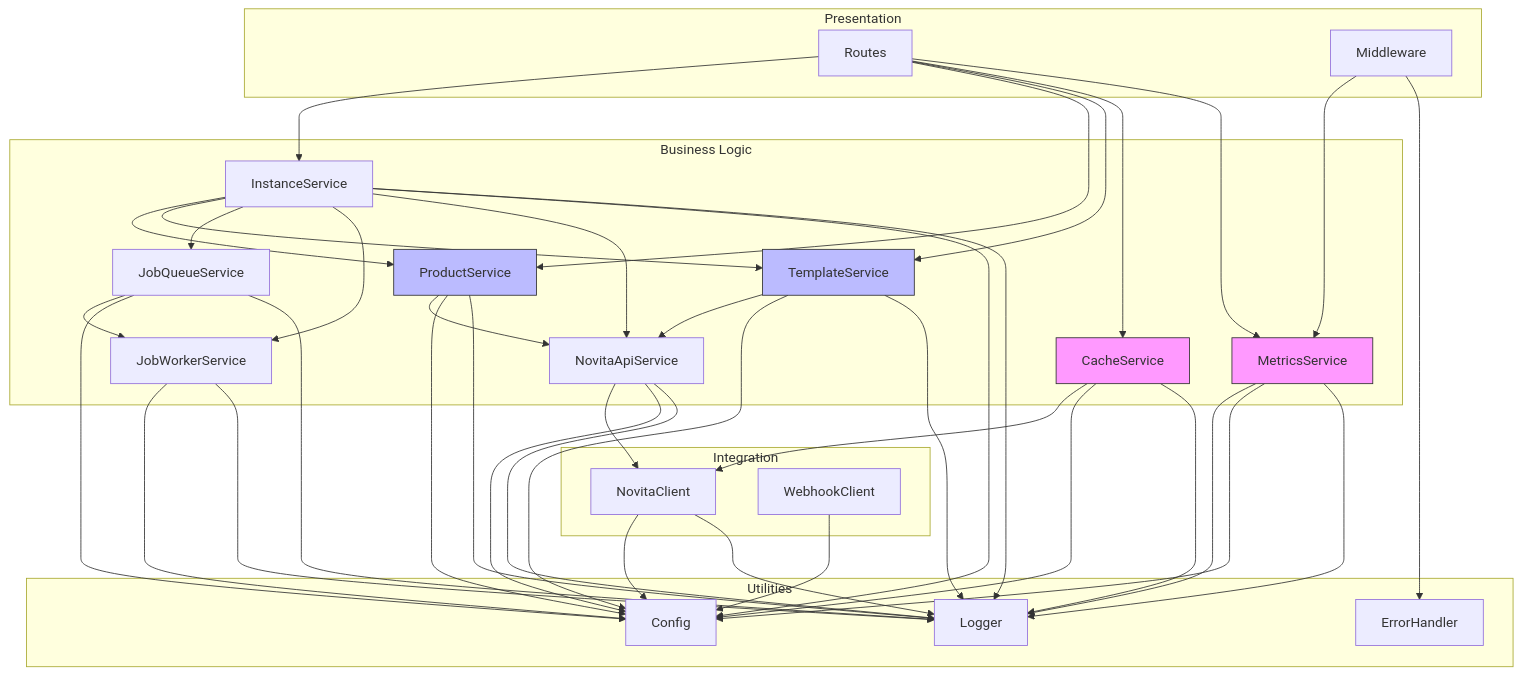
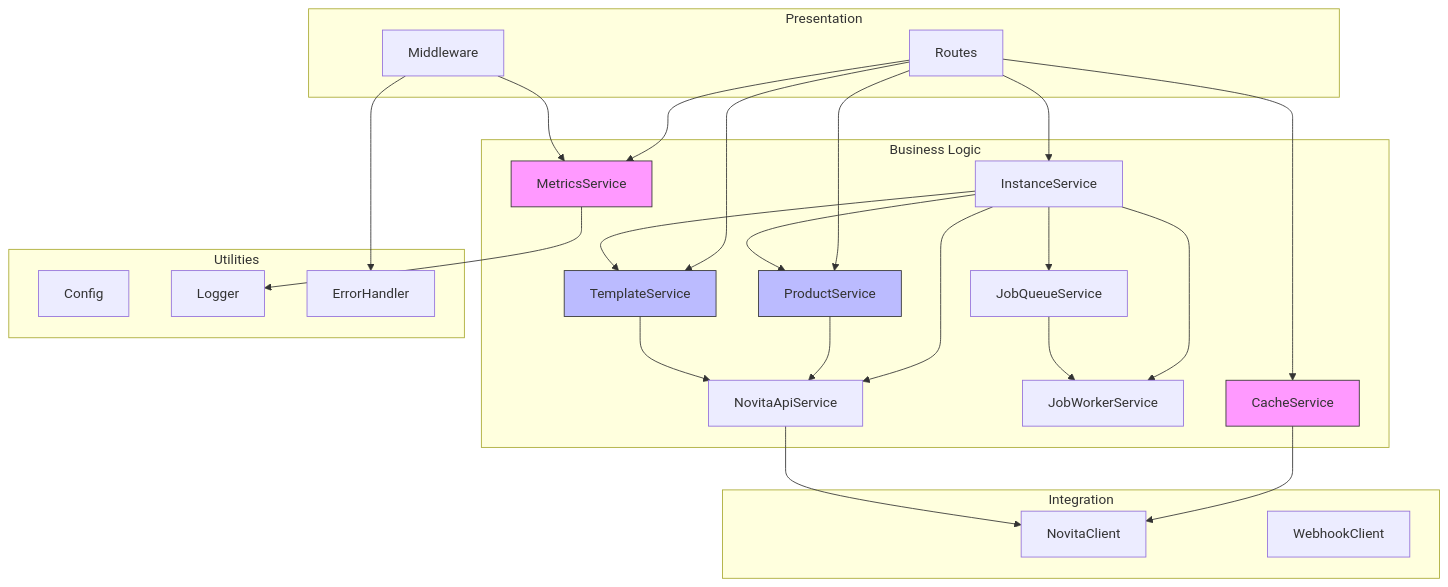
The second of 9 diagrams in .qoder/repowiki/en/content/Service Architecture/Service Architecture.md (sontl/novita-ai-api), drawn with Mermaid before and after one commit. The commit also changed other lines of this file and 17 other files, not shown here.

````diff
--- a/.qoder/repowiki/en/content/Service Architecture/Service Architecture.md
+++ b/.qoder/repowiki/en/content/Service Architecture/Service Architecture.md
@@ -77,67 +87,48 @@
 ```mermaid
 graph TD
 subgraph "Presentation"
 R1[Routes]
 R2[Middleware]
 end
 subgraph "Business Logic"
 S1[InstanceService]
 S2[ProductService]
 S3[TemplateService]
 S4[CacheService]
 S5[MetricsService]
 S6[JobQueueService]
 S7[JobWorkerService]
 S8[NovitaApiService]
 end
 subgraph "Integration"
 C1[NovitaClient]
 C2[WebhookClient]
 end
 subgraph "Utilities"
 U1[Config]
 U2[Logger]
 U3[ErrorHandler]
 end
 R1 --> S1
 R1 --> S2
 R1 --> S3
 R1 --> S4
 R1 --> S5
 R2 --> S5
 R2 --> U3
 S1 --> S2
 S1 --> S3
 S1 --> S6
 S1 --> S7
 S1 --> S8
 S2 --> S8
 S3 --> S8
 S4 --> C1
 S5 --> U2
 S6 --> S7
 S8 --> C1
-S1 --> U1
-S2 --> U1
-S3 --> U1
-S4 --> U1
-S5 --> U1
-S6 --> U1
-S7 --> U1
-S8 --> U1
-S1 --> U2
-S2 --> U2
-S3 --> U2
-S4 --> U2
-S5 --> U2
-S6 --> U2
-S7 --> U2
-S8 --> U2
-C1 --> U1
-C2 --> U1
-C1 --> U2
 style S4 fill:#f9f,stroke:#333
 style S5 fill:#f9f,stroke:#333
 style S2 fill:#bbf,stroke:#333
 style S3 fill:#bbf,stroke:#333
 ```
````
